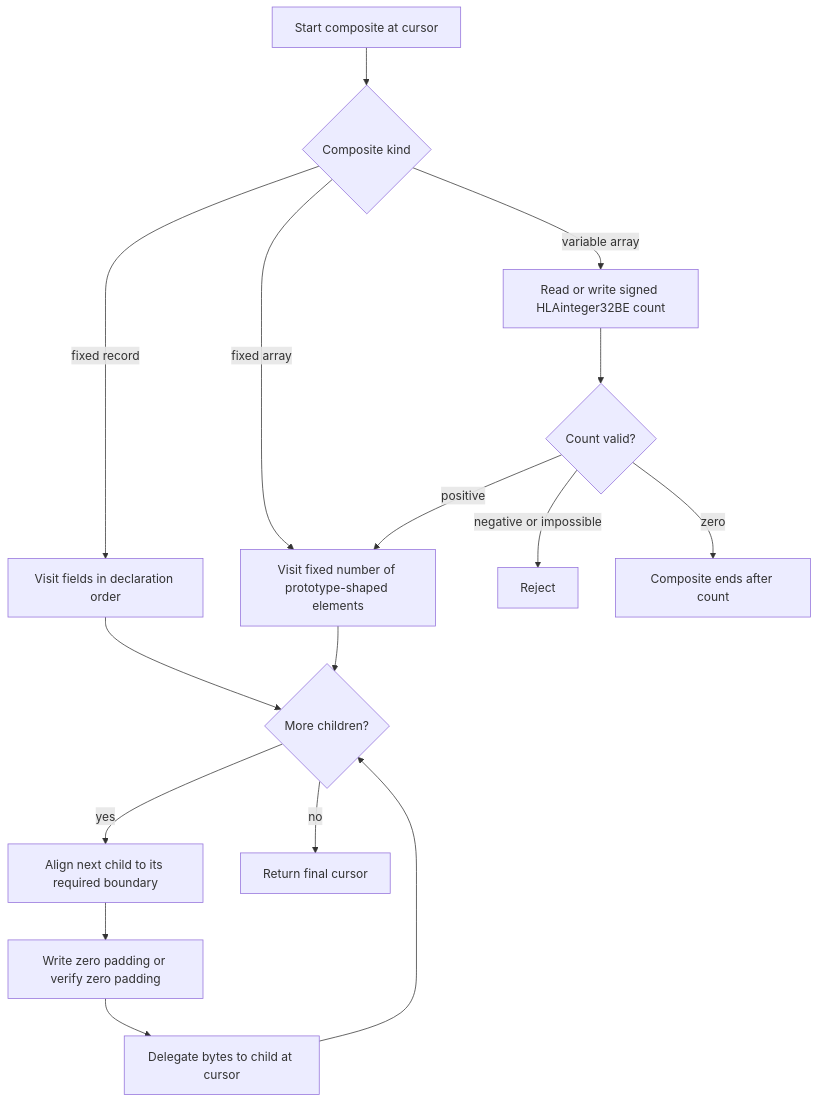
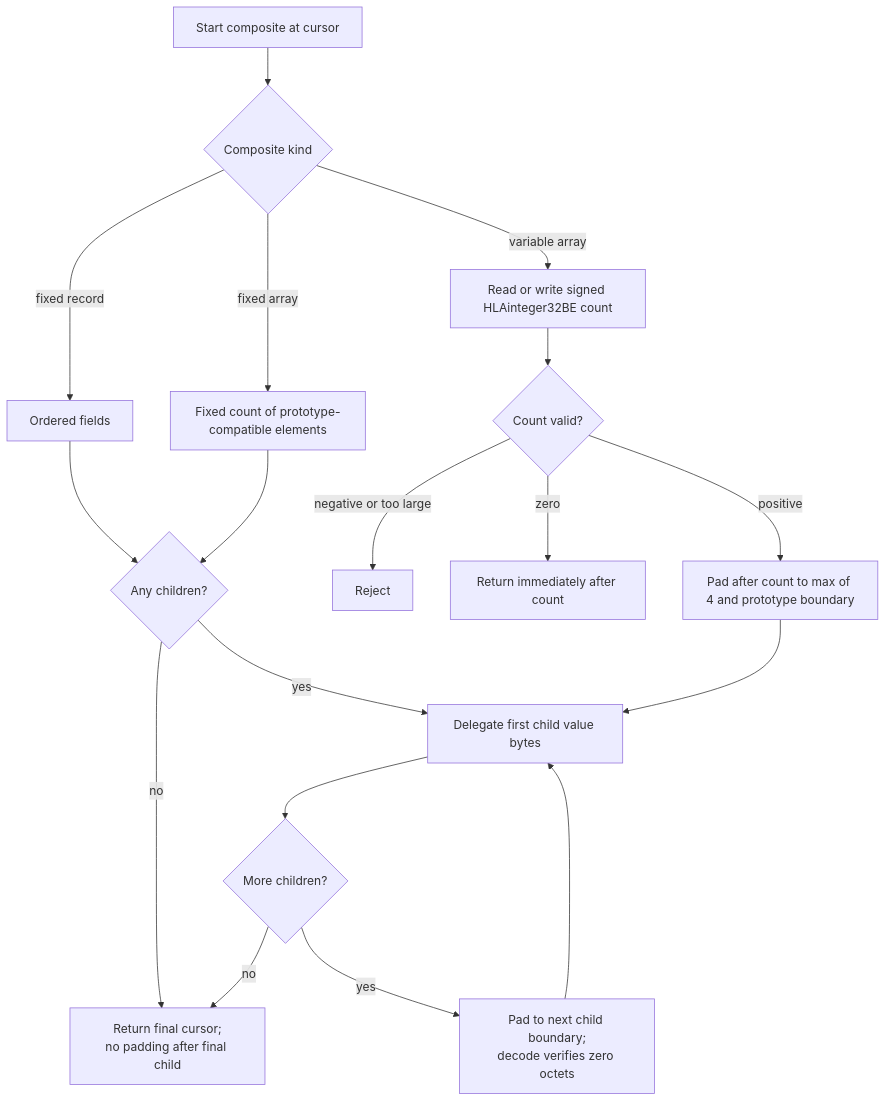
Before and after one commit to sheepfling/umbra: the fifth of 8 diagrams in docs/design/HLA-2025-DATA-ELEMENT-ENCODING-FLOW-GUIDE.md, drawn with Mermaid. The commit also changed other lines of this file and 668 other files, not shown here.

````diff
--- a/docs/design/HLA-2025-DATA-ELEMENT-ENCODING-FLOW-GUIDE.md
+++ b/docs/design/HLA-2025-DATA-ELEMENT-ENCODING-FLOW-GUIDE.md
@@ -255,18 +295,20 @@
 ```mermaid
 flowchart TD
   S[Start composite at cursor] --> K{Composite kind}
-  K -->|fixed record| R[Visit fields in declaration order]
-  K -->|fixed array| A[Visit fixed number of prototype-shaped elements]
+  K -->|fixed record| R[Ordered fields]
+  K -->|fixed array| A[Fixed count of prototype-compatible elements]
   K -->|variable array| C[Read or write signed HLAinteger32BE count]
+  R --> H{Any children?}
+  A --> H
+  H -->|no| F[Return cursor]
+  H -->|yes| V[Delegate first child value bytes]
   C --> N{Count valid?}
-  N -->|negative or impossible| E[Reject]
-  N -->|zero| Z[Composite ends after count]
-  N -->|positive| A
-  R --> P{More children?}
-  A --> P
-  P -->|yes| B[Align next child to its required boundary]
-  B --> Q[Write zero padding or verify zero padding]
-  Q --> H[Delegate bytes to child at cursor]
-  H --> P
-  P -->|no| F[Return final cursor]
+  N -->|negative or too large| E[Reject]
+  N -->|zero| Z[Return immediately after count]
+  N -->|positive| L[Pad after count to max of 4 and prototype boundary]
+  L --> V
+  V --> P{More children?}
+  P -->|yes| B[Pad to next child boundary;<br/>decode verifies zero octets]
+  B --> V
+  P -->|no| F[Return final cursor;<br/>no padding after final child]
 ```
````
